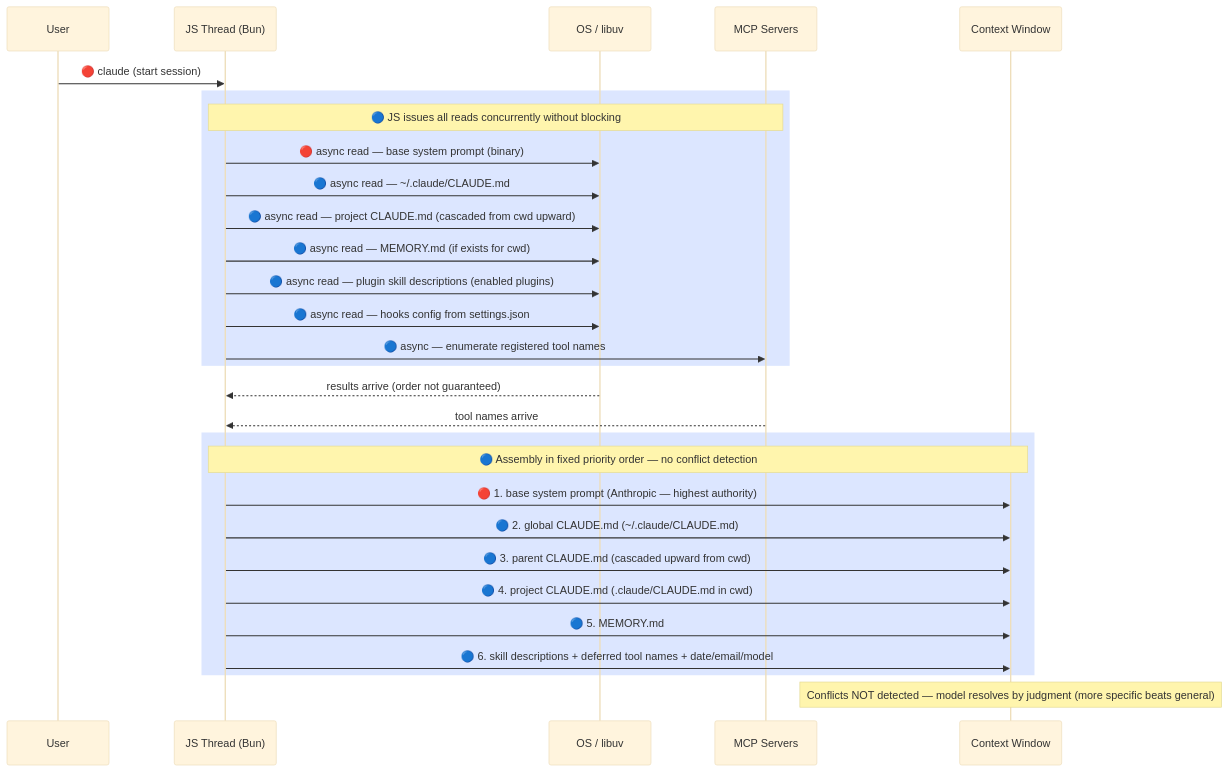
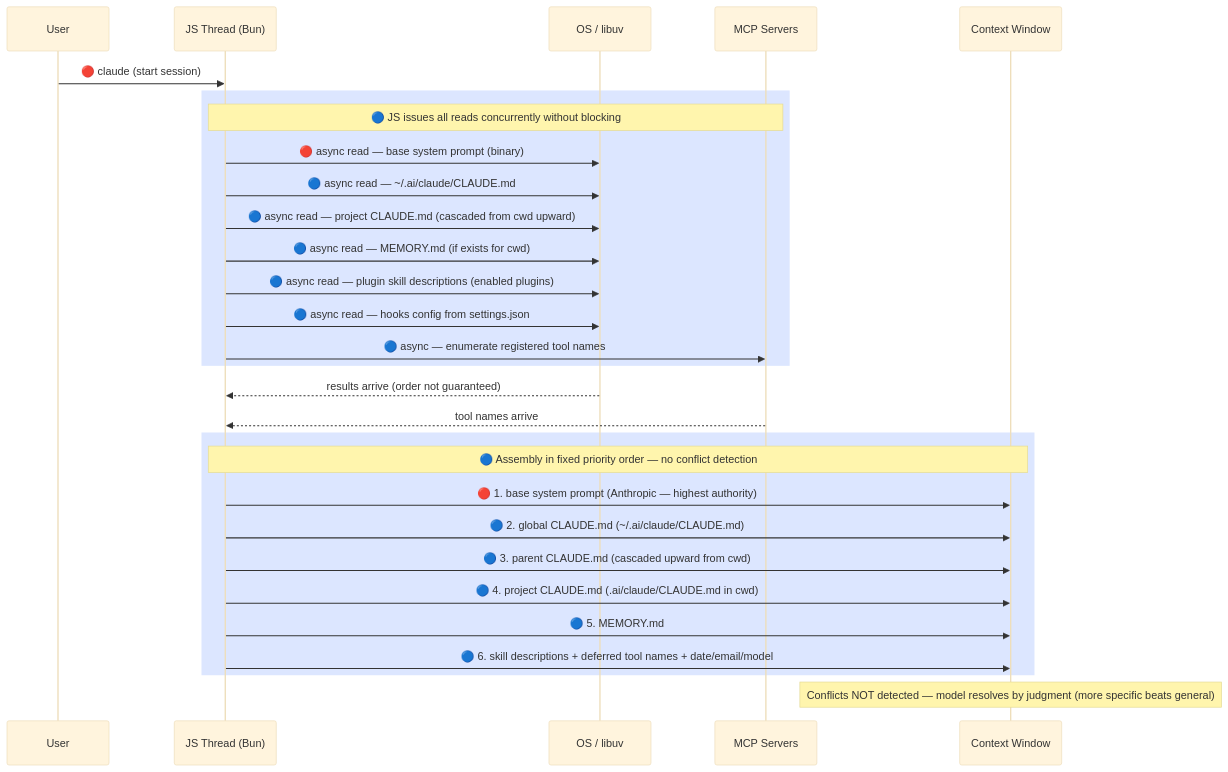
Before and after one commit to Prasad-Apparaju/hitl-dev-platform: the second of 3 diagrams in docs/reference/context-models/claude-code-context-map.md, drawn with Mermaid (base theme). The commit also changed other lines of this file and 170 other files, not shown here.

````diff
--- a/docs/reference/context-models/claude-code-context-map.md
+++ b/docs/reference/context-models/claude-code-context-map.md
@@ -40,36 +40,36 @@
 ```mermaid
 sequenceDiagram
     participant User
     participant JS as JS Thread (Bun)
     participant OS as OS / libuv
     participant MCP as MCP Servers
     participant Ctx as Context Window
 
     User->>JS: 🔴 claude (start session)
 
     rect rgb(220, 230, 255)
         Note over JS,MCP: 🔵 JS issues all reads concurrently without blocking
         JS->>OS: 🔴 async read — base system prompt (binary)
-        JS->>OS: 🔵 async read — ~/.claude/CLAUDE.md
+        JS->>OS: 🔵 async read — ~/.ai/claude/CLAUDE.md
         JS->>OS: 🔵 async read — project CLAUDE.md (cascaded from cwd upward)
         JS->>OS: 🔵 async read — MEMORY.md (if exists for cwd)
         JS->>OS: 🔵 async read — plugin skill descriptions (enabled plugins)
         JS->>OS: 🔵 async read — hooks config from settings.json
         JS->>MCP: 🔵 async — enumerate registered tool names
     end
 
     OS-->>JS: results arrive (order not guaranteed)
     MCP-->>JS: tool names arrive
 
     rect rgb(220, 230, 255)
         Note over JS,Ctx: 🔵 Assembly in fixed priority order — no conflict detection
         JS->>Ctx: 🔴 1. base system prompt (Anthropic — highest authority)
-        JS->>Ctx: 🔵 2. global CLAUDE.md (~/.claude/CLAUDE.md)
+        JS->>Ctx: 🔵 2. global CLAUDE.md (~/.ai/claude/CLAUDE.md)
         JS->>Ctx: 🔵 3. parent CLAUDE.md (cascaded upward from cwd)
-        JS->>Ctx: 🔵 4. project CLAUDE.md (.claude/CLAUDE.md in cwd)
+        JS->>Ctx: 🔵 4. project CLAUDE.md (.ai/claude/CLAUDE.md in cwd)
         JS->>Ctx: 🔵 5. MEMORY.md
         JS->>Ctx: 🔵 6. skill descriptions + deferred tool names + date/email/model
     end
 
     Note over Ctx: Conflicts NOT detected — model resolves by judgment (more specific beats general)
 ```
````
